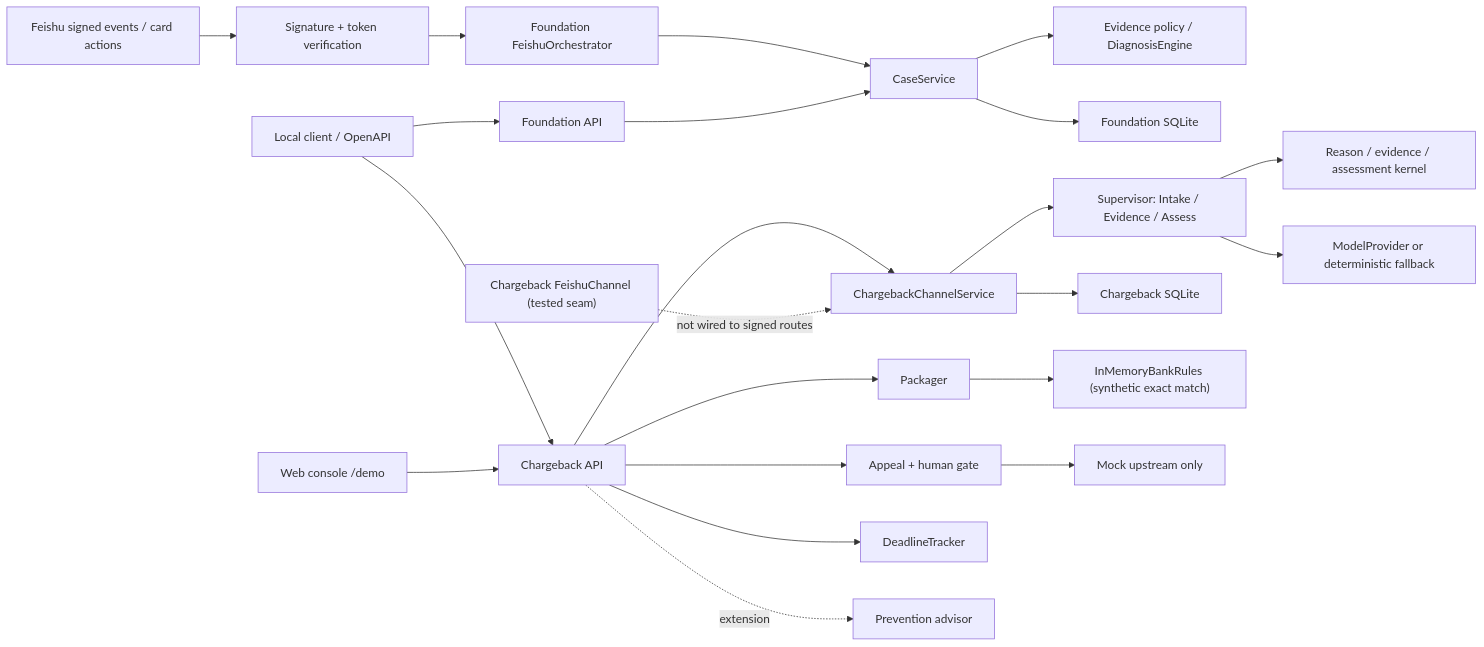
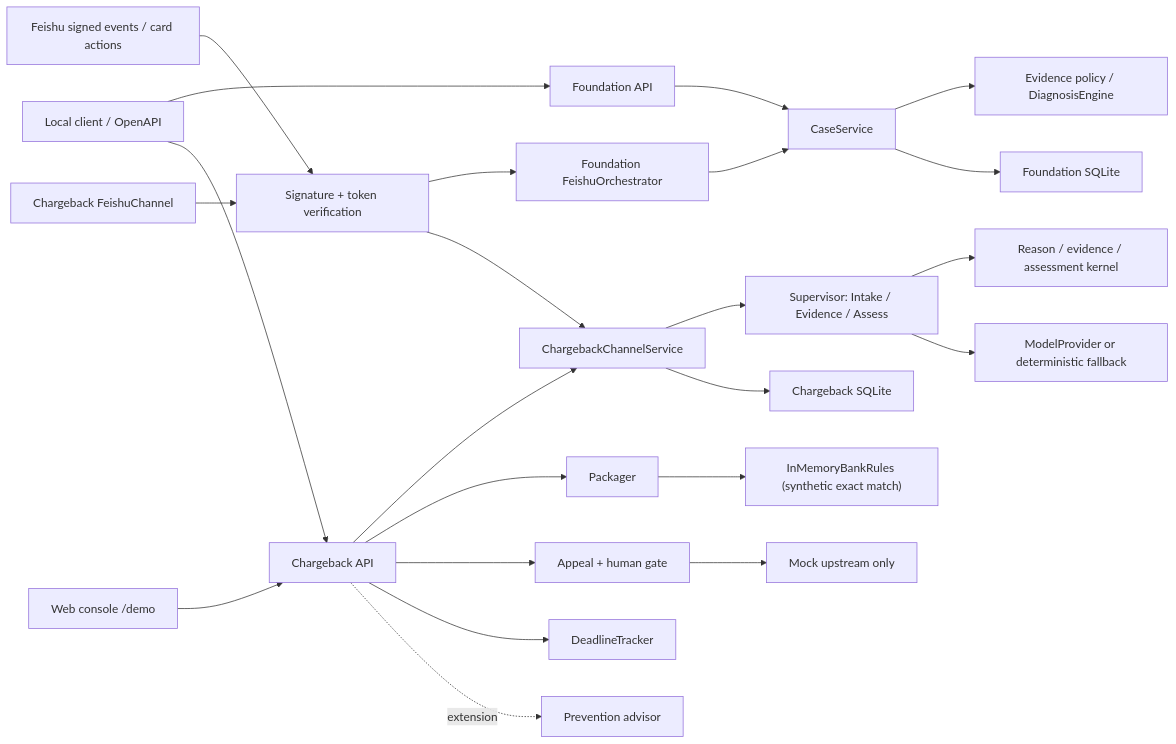
One commit to jiang4wqy/oceanpilot-evidenceos changed the diagram in docs/architecture.md. Above: the diagram before and after it, drawn with Mermaid. The commit also changed other lines of this file and 13 other files, not shown here.

Commit message:
feat: wire chargeback flow into signed Feishu callbacks

````diff
--- a/docs/architecture.md
+++ b/docs/architecture.md
@@ -20,28 +20,29 @@
 ```mermaid
 flowchart LR
     Client["Local client / OpenAPI"] --> FoundationAPI["Foundation API"]
     Client --> ChargebackAPI["Chargeback API"]
     Demo["Web console /demo"] --> ChargebackAPI
 
     Feishu["Feishu signed events / card actions"] --> Verify["Signature + token verification"]
     Verify --> FeishuOrchestrator["Foundation FeishuOrchestrator"]
     FeishuOrchestrator --> FoundationService["CaseService"]
     FoundationAPI --> FoundationService
     FoundationService --> FoundationDomain["Evidence policy / DiagnosisEngine"]
     FoundationService --> FoundationStore["Foundation SQLite"]
 
     ChargebackAPI --> ChannelService["ChargebackChannelService"]
     ChannelService --> Supervisor["Supervisor: Intake / Evidence / Assess"]
     Supervisor --> ChargebackKernel["Reason / evidence / assessment kernel"]
     ChannelService --> ChargebackStore["Chargeback SQLite"]
     Supervisor --> ModelProvider["ModelProvider or deterministic fallback"]
 
     ChargebackAPI --> Packager["Packager"]
     Packager --> BankRules["InMemoryBankRules (synthetic exact match)"]
     ChargebackAPI --> Appeal["Appeal + human gate"]
     Appeal --> MockUpstream["Mock upstream only"]
     ChargebackAPI --> Deadline["DeadlineTracker"]
     ChargebackAPI -. extension .-> Prevention["Prevention advisor"]
 
-    ChargebackFeishu["Chargeback FeishuChannel (tested seam)"] -. "not wired to signed routes" .-> ChannelService
+    ChargebackFeishu["Chargeback FeishuChannel"] --> Verify
+    Verify --> ChannelService
 ```
````
